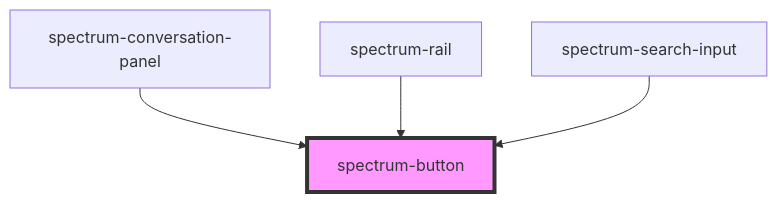
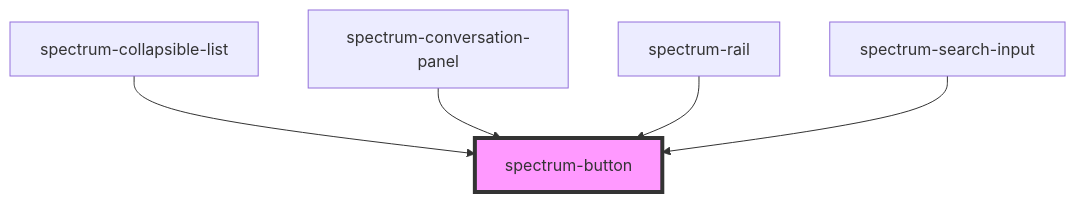
The diagram in packages/core/src/components/spectrum-button/readme.md (emamirelar/spectrum), drawn with Mermaid before and after one commit. The commit also changed other lines of this file and 14 other files, not shown here.

Commit message:
Collapsible List

````diff
--- a/packages/core/src/components/spectrum-button/readme.md
+++ b/packages/core/src/components/spectrum-button/readme.md
@@ -51,7 +52,8 @@
 ```mermaid
 graph TD;
+  spectrum-collapsible-list --> spectrum-button
   spectrum-conversation-panel --> spectrum-button
   spectrum-rail --> spectrum-button
   spectrum-search-input --> spectrum-button
   style spectrum-button fill:#f9f,stroke:#333,stroke-width:4px
 ```
````
